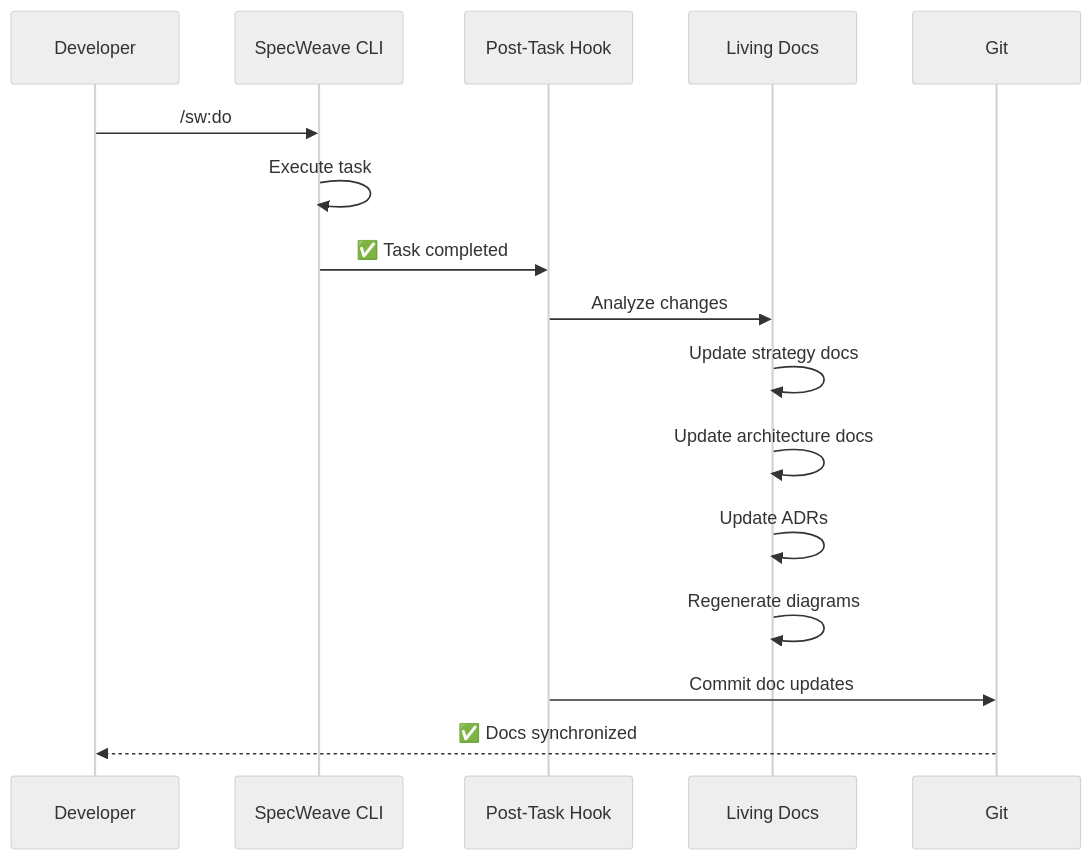
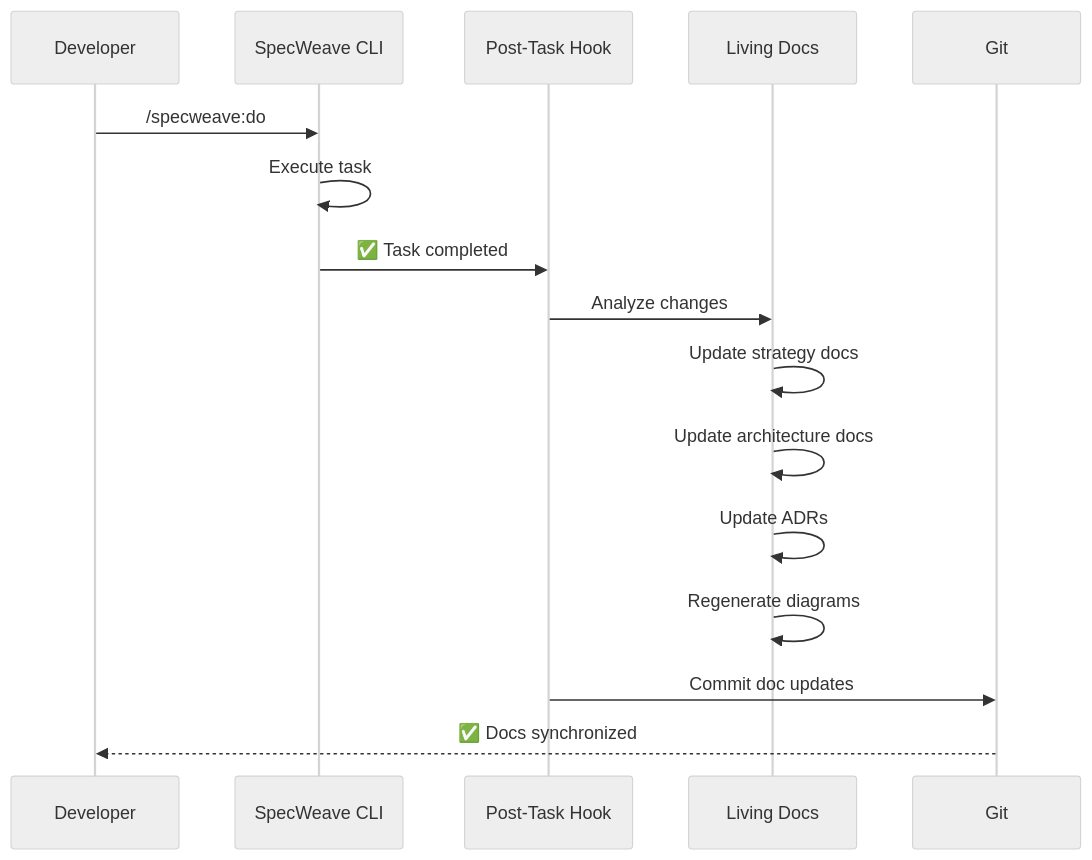
Before and after one commit to anton-abyzov/specweave: the fourth of 4 diagrams in docs-site/docs/guides/core-concepts/living-documentation.md, drawn with Mermaid (neutral theme). The commit also changed other lines of this file and 144 other files, not shown here.

````diff
--- a/docs-site/docs/guides/core-concepts/living-documentation.md
+++ b/docs-site/docs/guides/core-concepts/living-documentation.md
@@ -413,19 +407,19 @@
 ```mermaid
 sequenceDiagram
     participant Dev as Developer
     participant CLI as SpecWeave CLI
     participant Hook as Post-Task Hook
     participant Docs as Living Docs
     participant Git as Git
 
-    Dev->>CLI: /sw:do
+    Dev->>CLI: /specweave:do
     CLI->>CLI: Execute task
     CLI->>Hook: ✅ Task completed
     Hook->>Docs: Analyze changes
     Docs->>Docs: Update strategy docs
     Docs->>Docs: Update architecture docs
     Docs->>Docs: Update ADRs
     Docs->>Docs: Regenerate diagrams
     Hook->>Git: Commit doc updates
     Git-->>Dev: ✅ Docs synchronized
 ```
````
